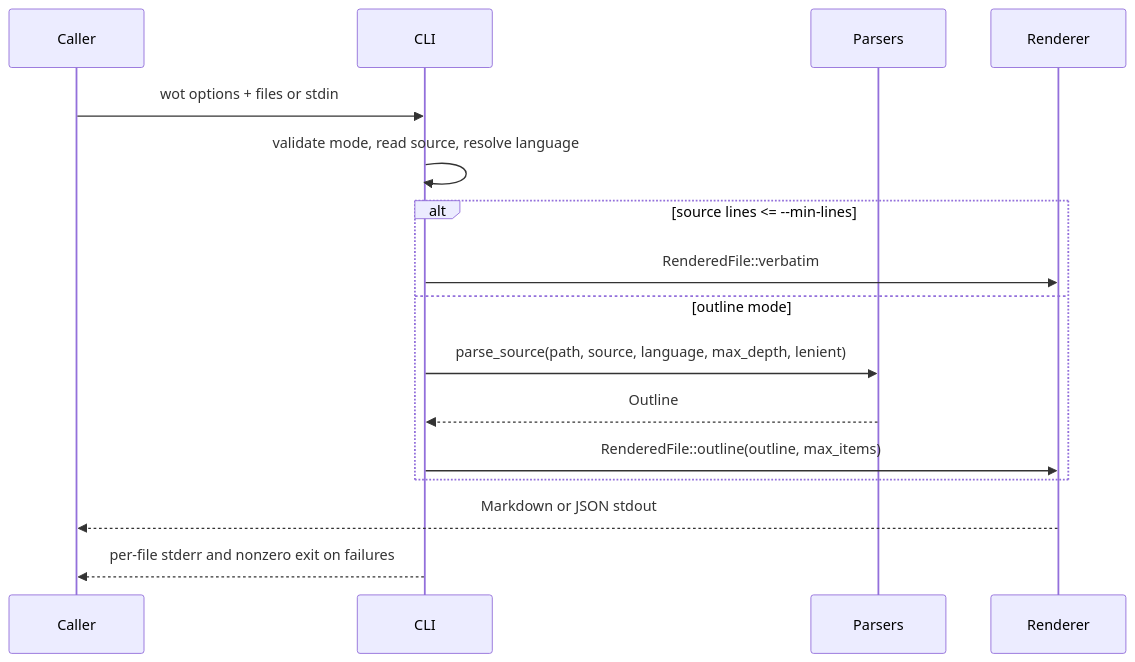
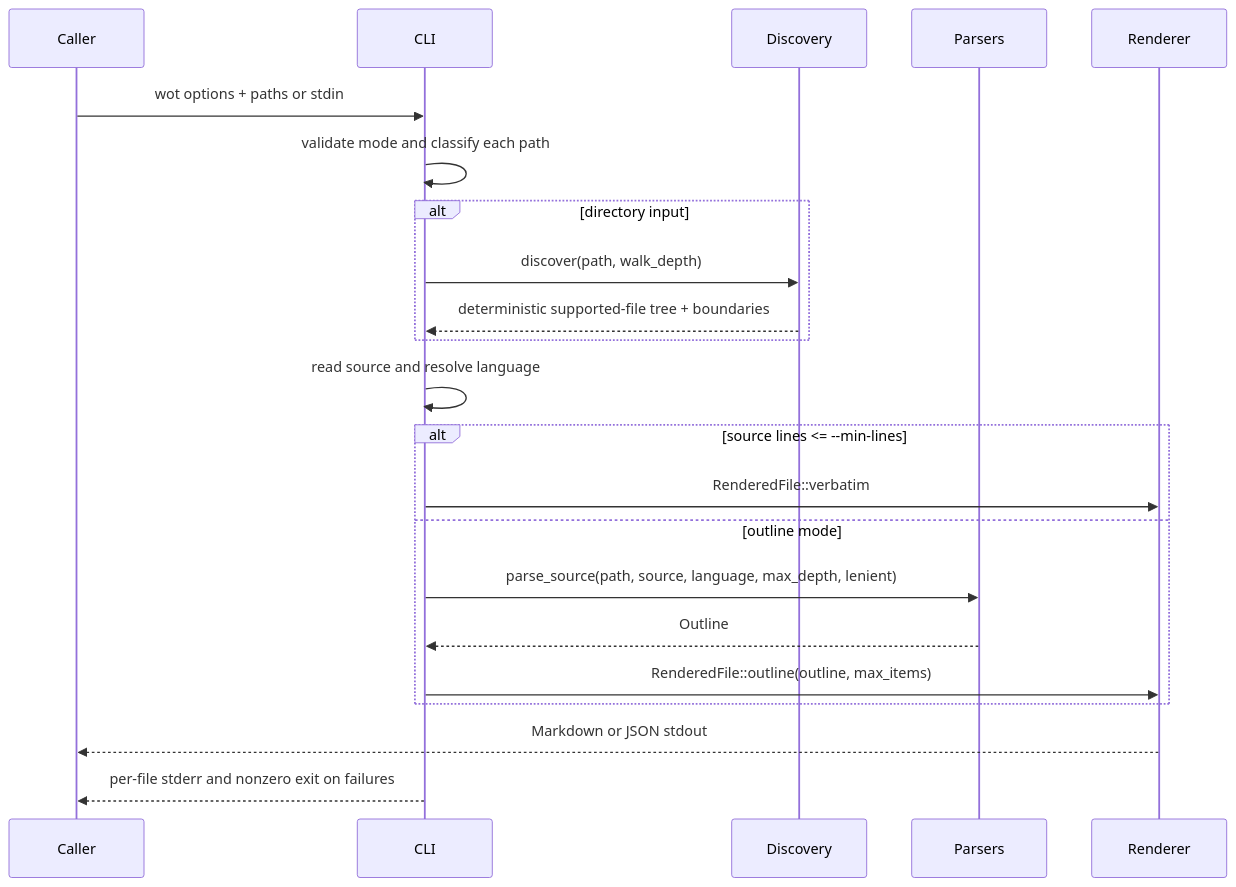
The second of 2 diagrams in docs/architecture.md (alendit/wot), drawn with Mermaid before and after one commit. The commit also changed other lines of this file and 13 other files, not shown here.

````diff
--- a/docs/architecture.md
+++ b/docs/architecture.md
@@ -176,18 +204,24 @@
 ```mermaid
 sequenceDiagram
     participant Caller
     participant CLI
+    participant Discovery
     participant Parsers
     participant Renderer
-    Caller->>CLI: wot options + files or stdin
-    CLI->>CLI: validate mode, read source, resolve language
+    Caller->>CLI: wot options + paths or stdin
+    CLI->>CLI: validate mode and classify each path
+    alt directory input
+        CLI->>Discovery: discover(path, walk_depth)
+        Discovery-->>CLI: deterministic supported-file tree + boundaries
+    end
+    CLI->>CLI: read source and resolve language
     alt source lines <= --min-lines
         CLI->>Renderer: RenderedFile::verbatim
     else outline mode
         CLI->>Parsers: parse_source(path, source, language, max_depth, lenient)
         Parsers-->>CLI: Outline
         CLI->>Renderer: RenderedFile::outline(outline, max_items)
     end
     Renderer-->>Caller: Markdown or JSON stdout
     CLI-->>Caller: per-file stderr and nonzero exit on failures
 ```
````
